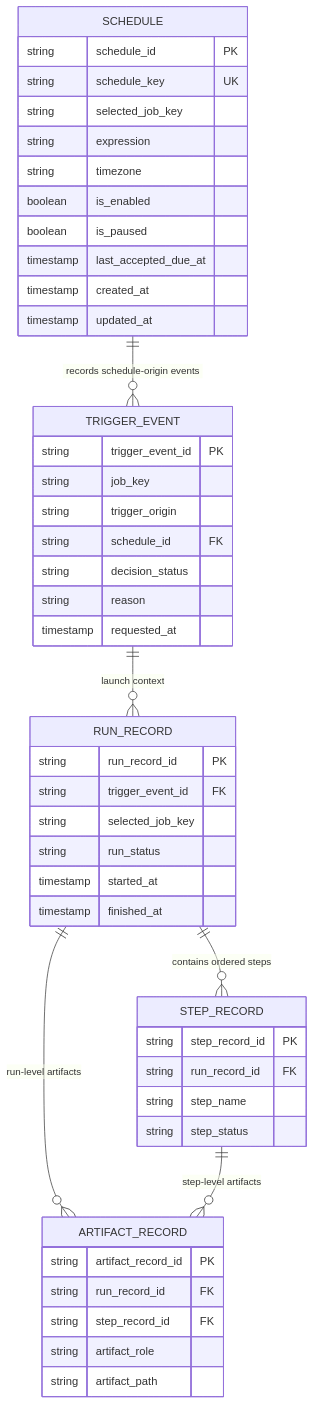
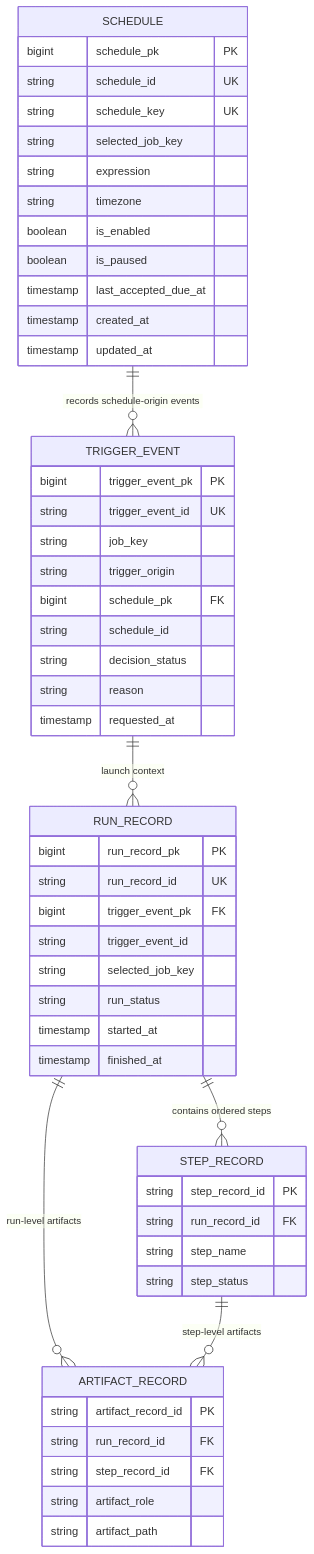
Before and after one commit to kbalanandam/spring-etl-engine: the second of 2 diagrams in docs/architecture/control-plane/control-plane-local-relational-schema.md, drawn with Mermaid. The commit also changed other lines of this file, not shown here.

Commit message:
docs(control-plane): align ER model with pk cutover

````diff
--- a/docs/architecture/control-plane/control-plane-local-relational-schema.md
+++ b/docs/architecture/control-plane/control-plane-local-relational-schema.md
@@ -101,55 +101,60 @@
 ```mermaid
 erDiagram
     SCHEDULE {
-        string schedule_id PK
+        bigint schedule_pk PK
+        string schedule_id UK
         string schedule_key UK
         string selected_job_key
         string expression
         string timezone
         boolean is_enabled
         boolean is_paused
         timestamp last_accepted_due_at
         timestamp created_at
         timestamp updated_at
     }
 
     TRIGGER_EVENT {
-        string trigger_event_id PK
+        bigint trigger_event_pk PK
+        string trigger_event_id UK
         string job_key
         string trigger_origin
-        string schedule_id FK
+        bigint schedule_pk FK
+        string schedule_id
         string decision_status
         string reason
         timestamp requested_at
     }
 
     RUN_RECORD {
-        string run_record_id PK
-        string trigger_event_id FK
+        bigint run_record_pk PK
+        string run_record_id UK
+        bigint trigger_event_pk FK
+        string trigger_event_id
         string selected_job_key
         string run_status
         timestamp started_at
         timestamp finished_at
     }
 
     STEP_RECORD {
         string step_record_id PK
         string run_record_id FK
         string step_name
         string step_status
     }
 
     ARTIFACT_RECORD {
         string artifact_record_id PK
         string run_record_id FK
         string step_record_id FK
         string artifact_role
         string artifact_path
     }
 
     SCHEDULE ||--o{ TRIGGER_EVENT : "records schedule-origin events"
     TRIGGER_EVENT ||--o{ RUN_RECORD : "launch context"
     RUN_RECORD ||--o{ STEP_RECORD : "contains ordered steps"
     RUN_RECORD ||--o{ ARTIFACT_RECORD : "run-level artifacts"
     STEP_RECORD ||--o{ ARTIFACT_RECORD : "step-level artifacts"
 ```
````
